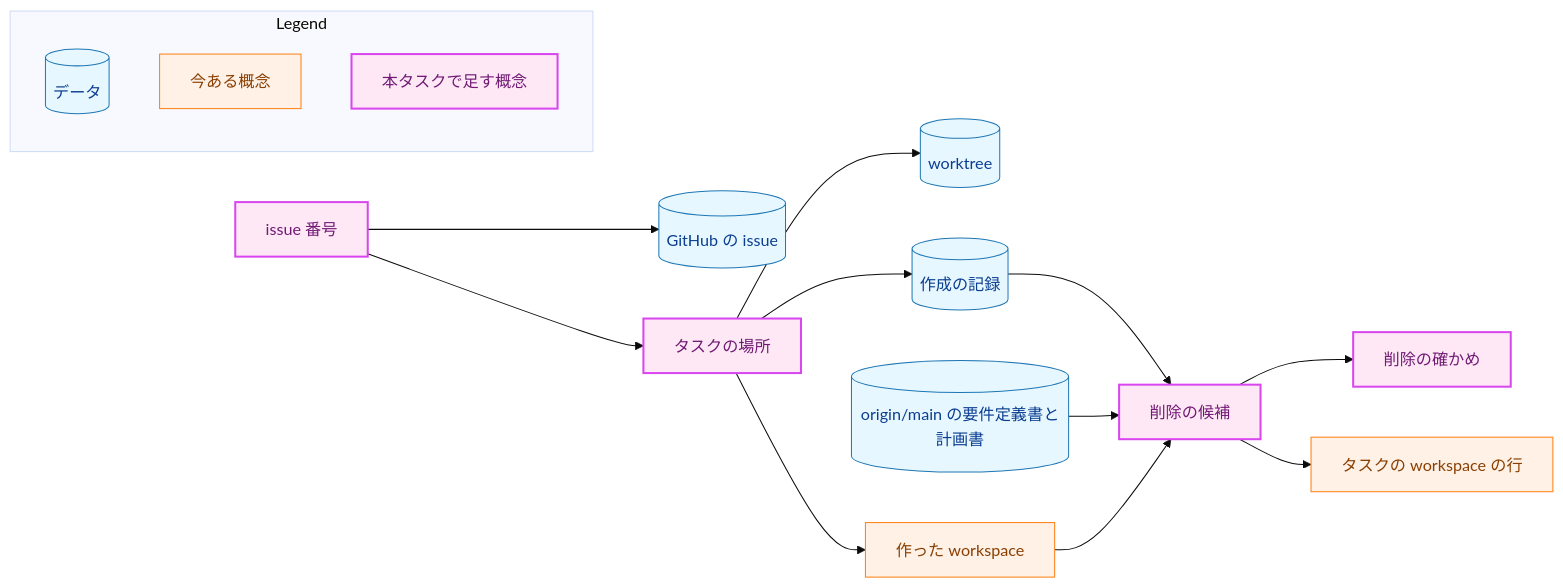
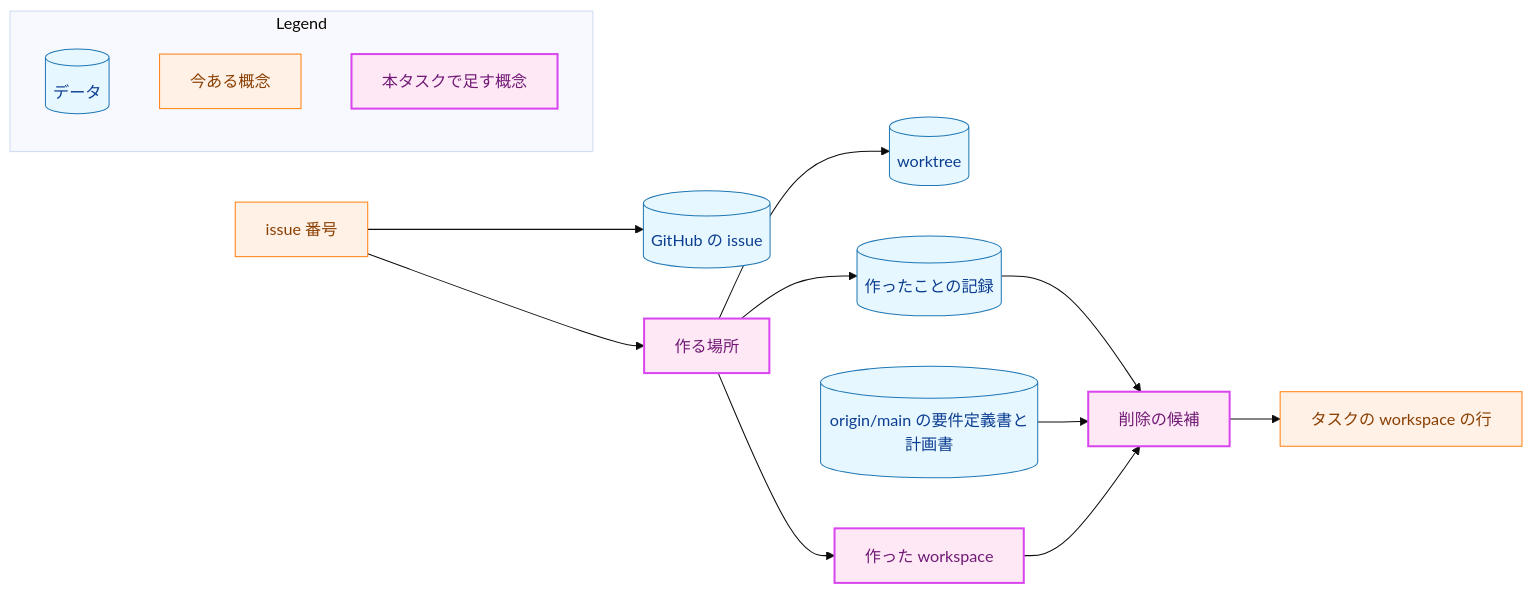
One commit to isseis/yt2column changed the first of 6 diagrams in docs/tasks/0092_chief_task_workspace/02_architecture.md. Above: the diagram before and after it, drawn with Mermaid (base theme). The commit also changed other lines of this file and 2 other files, not shown here.

First line of the commit message:
docs(0092): address the architecture review and polish the Japanese prose

````diff
--- a/docs/tasks/0092_chief_task_workspace/02_architecture.md
+++ b/docs/tasks/0092_chief_task_workspace/02_architecture.md
@@ -52,41 +55,39 @@
 ```mermaid
 flowchart LR
     classDef data fill:#e6f7ff,stroke:#1f77b4,stroke-width:1px,color:#0b3d91;
     classDef process fill:#fff1e6,stroke:#ff7f0e,stroke-width:1px,color:#8a3e00;
     classDef newpkg fill:#ffe8f5,stroke:#d946ef,stroke-width:2px,color:#701a75;
 
     NUM["issue 番号"]
     ISSUE[("GitHub の issue")]
-    SPACE["タスクの場所"]
+    SPACE["作る場所"]
     WT[("worktree")]
     WS["作った workspace"]
-    REC[("作成の記録")]
+    REC[("作ったことの記録")]
     DOCS[("origin/main の要件定義書と計画書")]
     CAND["削除の候補"]
-    CHECK["削除の確かめ"]
     ROW["タスクの workspace の行"]
 
     NUM --> ISSUE
     NUM --> SPACE
     SPACE --> WT
     SPACE --> WS
     SPACE --> REC
     REC --> CAND
     DOCS --> CAND
     WS --> CAND
-    CAND --> CHECK
     CAND --> ROW
 
     class ISSUE,WT,REC,DOCS data
-    class WS,ROW process
-    class NUM,SPACE,CAND,CHECK newpkg
+    class NUM,ROW process
+    class SPACE,WS,CAND newpkg
 
     subgraph Legend["Legend"]
         L1[("データ")]
         L2["今ある概念"]
         L3["本タスクで足す概念"]
     end
     class L1 data
     class L2 process
     class L3 newpkg
 ```
````
